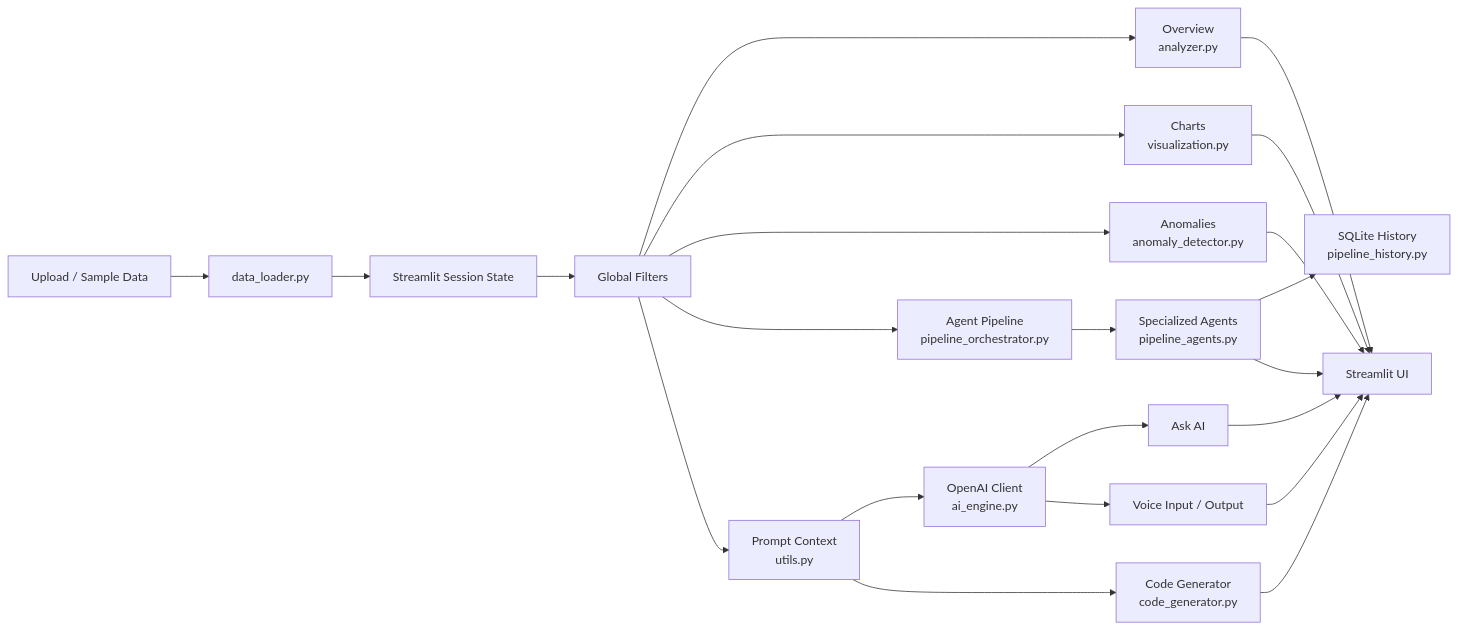
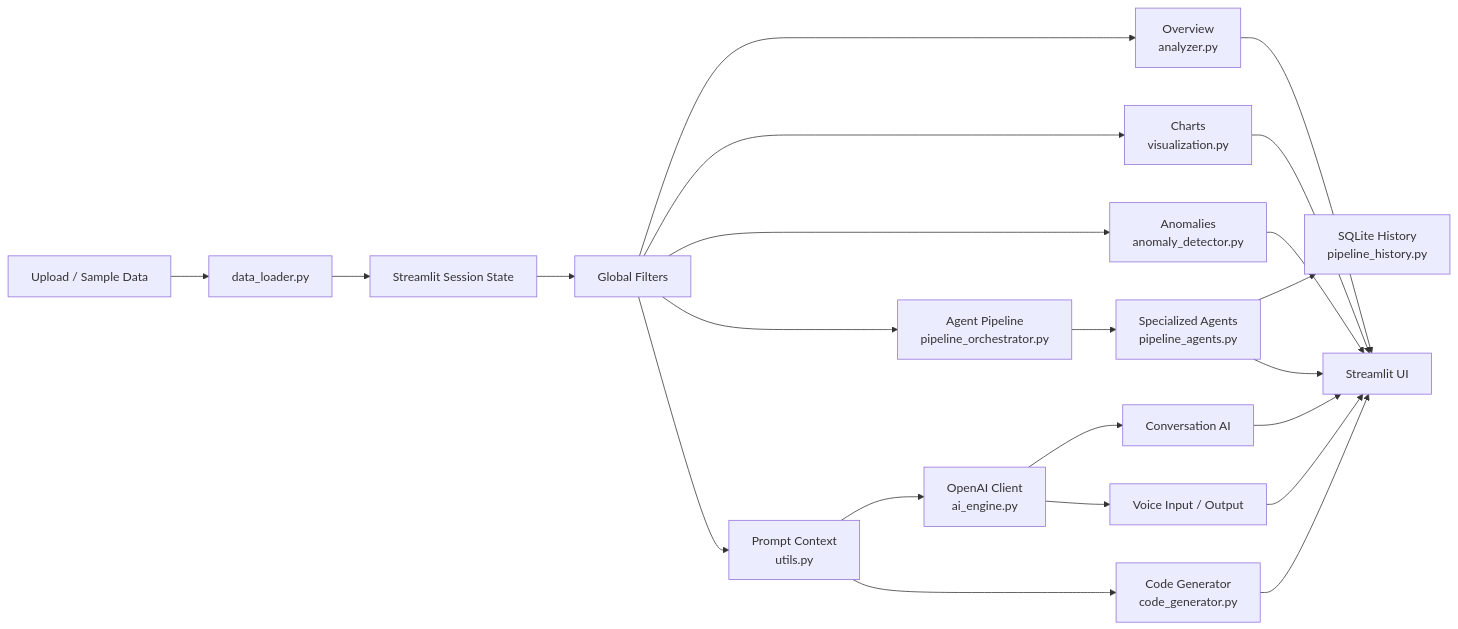
One commit to AryanHooda-04/AI_Data_Analyst changed the diagram in ai_data_analyst/README.md. Above: the diagram before and after it, drawn with Mermaid. The commit also changed other lines of this file and 5 other files, not shown here.

````diff
--- a/ai_data_analyst/README.md
+++ b/ai_data_analyst/README.md
@@ -45,24 +45,24 @@
 ```mermaid
 flowchart LR
     A["Upload / Sample Data"] --> B["data_loader.py"]
     B --> C["Streamlit Session State"]
     C --> D["Global Filters"]
     D --> E["Overview<br/>analyzer.py"]
     D --> F["Charts<br/>visualization.py"]
     D --> G["Anomalies<br/>anomaly_detector.py"]
     D --> N["Agent Pipeline<br/>pipeline_orchestrator.py"]
     N --> O["Specialized Agents<br/>pipeline_agents.py"]
     O --> P["SQLite History<br/>pipeline_history.py"]
     D --> H["Prompt Context<br/>utils.py"]
     H --> I["OpenAI Client<br/>ai_engine.py"]
-    I --> J["Ask AI"]
+    I --> J["Conversation AI"]
     I --> K["Voice Input / Output"]
     H --> L["Code Generator<br/>code_generator.py"]
     E --> M["Streamlit UI"]
     F --> M
     G --> M
     O --> M
     J --> M
     K --> M
     L --> M
 ```
````
